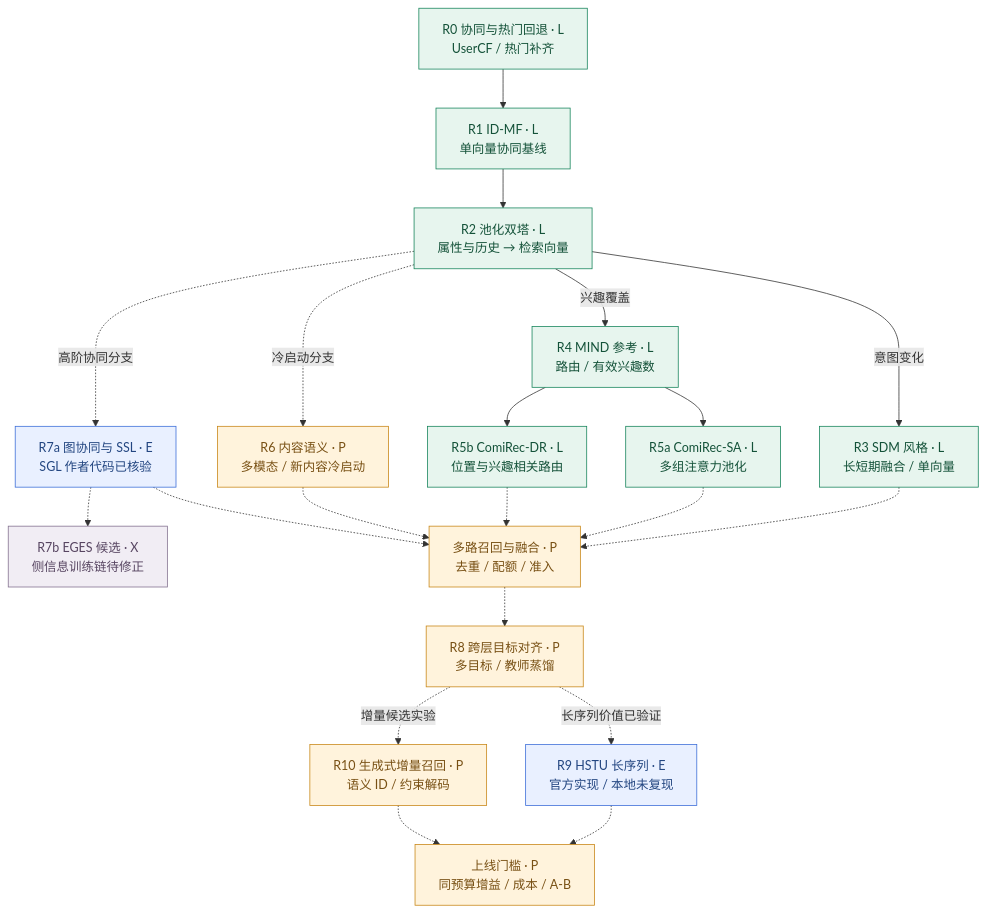
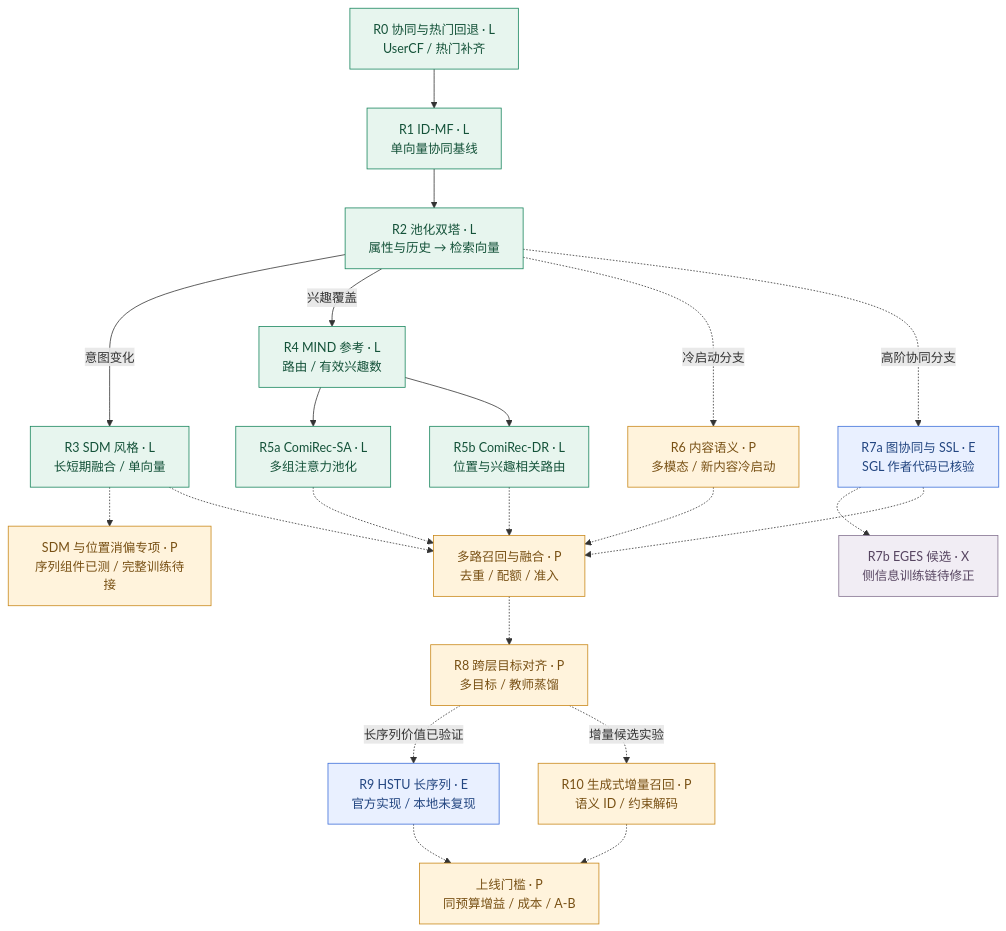
Before and after one commit to shiztong/-: the diagram in docs/recall/diagrams/01-evolution.mmd, drawn with Mermaid. The commit also changed 22 other files, not shown here.

Commit message:
Detail SDM sequence optimization and position debiasing with tested components

```diff
--- a/docs/recall/diagrams/01-evolution.mmd
+++ b/docs/recall/diagrams/01-evolution.mmd
@@ -1,43 +1,45 @@
 graph TD
   R0["R0 协同与热门回退 · L<br/>UserCF / 热门补齐"]
   R1["R1 ID-MF · L<br/>单向量协同基线"]
   R2["R2 池化双塔 · L<br/>属性与历史 → 检索向量"]
   R3["R3 SDM 风格 · L<br/>长短期融合 / 单向量"]
+  SOPT["SDM 与位置消偏专项 · P<br/>序列组件已测 / 完整训练待接"]
   R4["R4 MIND 参考 · L<br/>路由 / 有效兴趣数"]
   R5A["R5a ComiRec-SA · L<br/>多组注意力池化"]
   R5B["R5b ComiRec-DR · L<br/>位置与兴趣相关路由"]
   R6["R6 内容语义 · P<br/>多模态 / 新内容冷启动"]
   R7["R7a 图协同与 SSL · E<br/>SGL 作者代码已核验"]
   EG["R7b EGES 候选 · X<br/>侧信息训练链待修正"]
   FUSE["多路召回与融合 · P<br/>去重 / 配额 / 准入"]
   R8["R8 跨层目标对齐 · P<br/>多目标 / 教师蒸馏"]
   R9["R9 HSTU 长序列 · E<br/>官方实现 / 本地未复现"]
   R10["R10 生成式增量召回 · P<br/>语义 ID / 约束解码"]
   GATE["上线门槛 · P<br/>同预算增益 / 成本 / A-B"]
   R0 --> R1
   R1 --> R2
   R2 -->|意图变化| R3
+  R3 -.-> SOPT
   R2 -->|兴趣覆盖| R4
   R4 --> R5A
   R4 --> R5B
   R2 -.->|冷启动分支| R6
   R2 -.->|高阶协同分支| R7
   R7 -.-> EG
   R3 -.-> FUSE
   R5A -.-> FUSE
   R5B -.-> FUSE
   R6 -.-> FUSE
   R7 -.-> FUSE
   FUSE -.-> R8
   R8 -.->|长序列价值已验证| R9
   R8 -.->|增量候选实验| R10
   R9 -.-> GATE
   R10 -.-> GATE
   classDef local fill:#e7f5ee,stroke:#16845b,color:#145239
   classDef external fill:#e9f0ff,stroke:#3b6dd8,color:#234681
   classDef planned fill:#fff3dc,stroke:#c88718,color:#785014
   classDef blocked fill:#f1edf4,stroke:#82708e,color:#574561
   class R0,R1,R2,R3,R4,R5A,R5B local
   class R7,R9 external
-  class R6,FUSE,R8,R10,GATE planned
+  class R6,FUSE,R8,R10,GATE,SOPT planned
   class EG blocked
```
